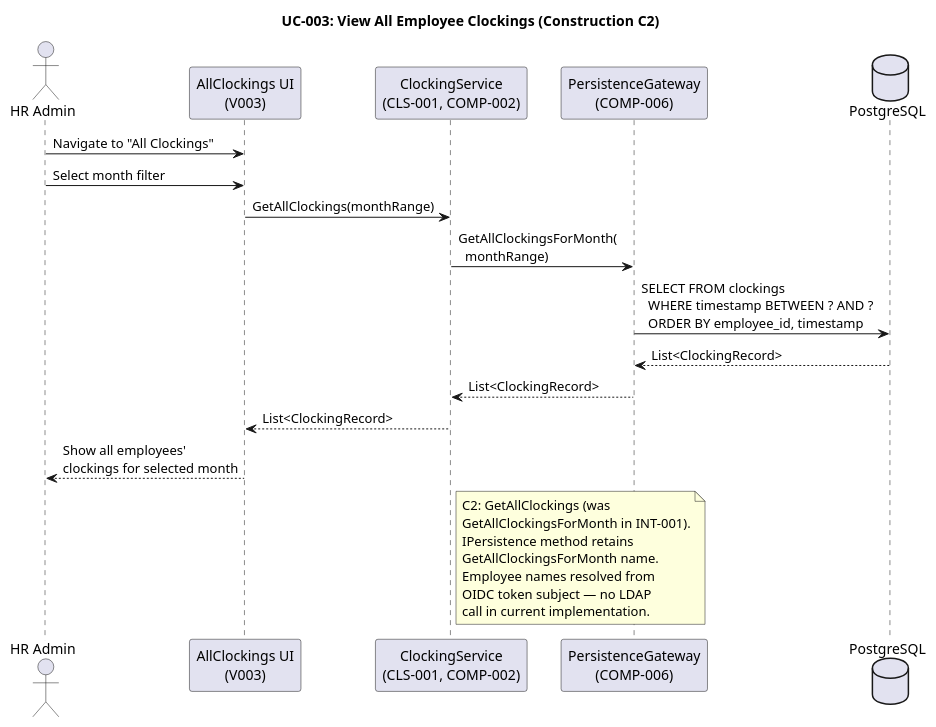
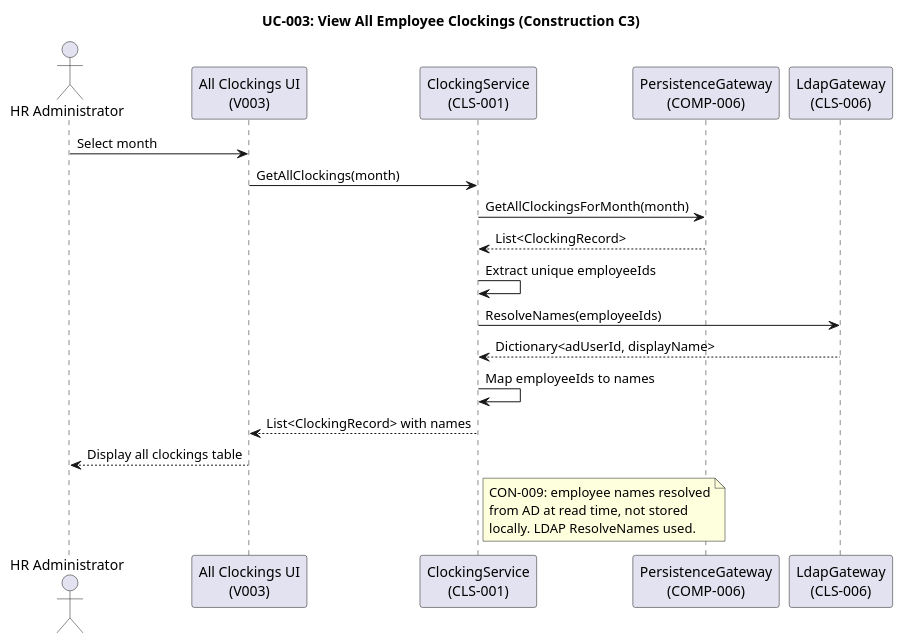
One commit to banense-test/portal-cuba-corp changed the fourth of 31 diagrams in docs/artifacts/analysis---design/design-model.md. Above: the diagram before and after it, drawn with PlantUML. The commit also changed other lines of this file, not shown here.

````diff
--- a/docs/artifacts/analysis---design/design-model.md
+++ b/docs/artifacts/analysis---design/design-model.md
@@ -415,32 +379,31 @@
 ```plantuml
 @startuml
-title UC-003: View All Employee Clockings (Construction C2)
+title UC-003: View All Employee Clockings (Construction C3)
 
-actor "HR Admin" as HR
-participant "AllClockings UI\n(V003)" as UI
-participant "ClockingService\n(CLS-001, COMP-002)" as SVC
+actor "HR Administrator" as HR
+participant "All Clockings UI\n(V003)" as UI
+participant "ClockingService\n(CLS-001)" as SVC
 participant "PersistenceGateway\n(COMP-006)" as DB
-database "PostgreSQL" as PG
+participant "LdapGateway\n(CLS-006)" as LDAP
 
-HR -> UI : Navigate to "All Clockings"
-HR -> UI : Select month filter
-UI -> SVC : GetAllClockings(monthRange)
-SVC -> DB : GetAllClockingsForMonth(\n  monthRange)
-DB -> PG : SELECT FROM clockings\n  WHERE timestamp BETWEEN ? AND ?\n  ORDER BY employee_id, timestamp
-PG --> DB : List<ClockingRecord>
+HR -> UI : Select month
+UI -> SVC : GetAllClockings(month)
+SVC -> DB : GetAllClockingsForMonth(month)
 DB --> SVC : List<ClockingRecord>
-SVC --> UI : List<ClockingRecord>
-UI --> HR : Show all employees'\nclockings for selected month
+
+SVC -> SVC : Extract unique employeeIds
+SVC -> LDAP : ResolveNames(employeeIds)
+LDAP --> SVC : Dictionary<adUserId, displayName>
+
+SVC -> SVC : Map employeeIds to names
+SVC --> UI : List<ClockingRecord> with names
+UI --> HR : Display all clockings table
 
 note right of SVC
-  C2: GetAllClockings (was
-  GetAllClockingsForMonth in INT-001).
-  IPersistence method retains
-  GetAllClockingsForMonth name.
-  Employee names resolved from
-  OIDC token subject — no LDAP
-  call in current implementation.
+  CON-009: employee names resolved
+  from AD at read time, not stored
+  locally. LDAP ResolveNames used.
 end note
 
 @enduml
 ```
````
